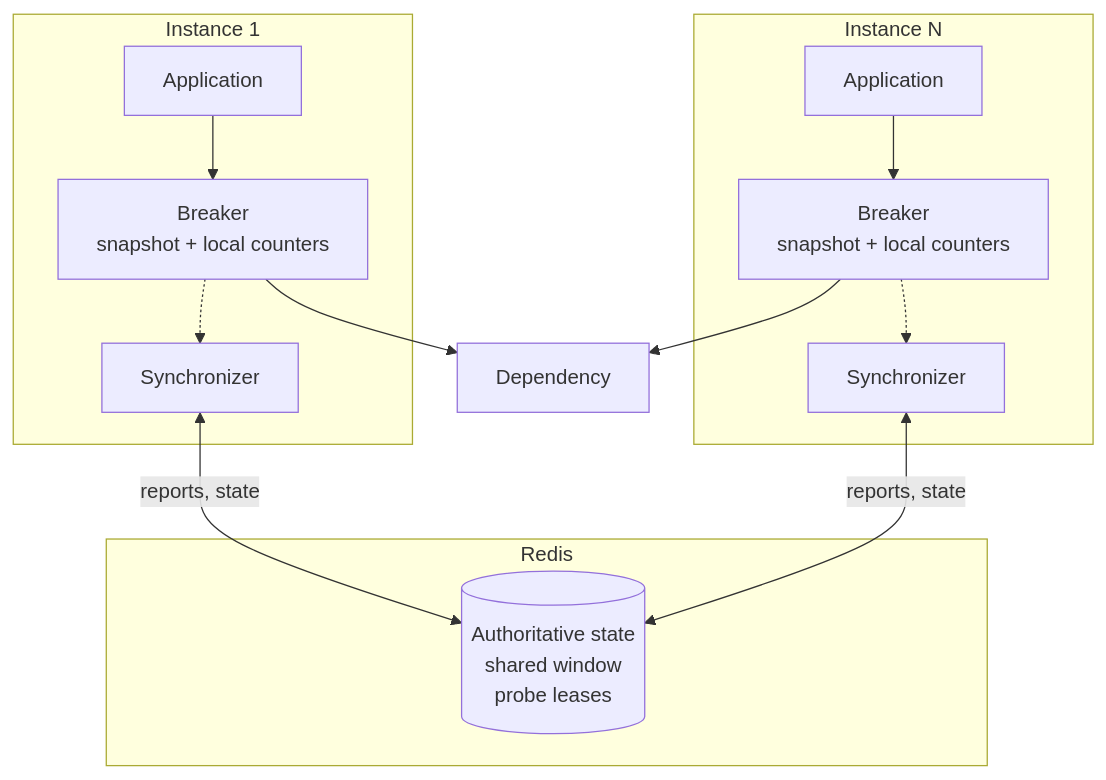
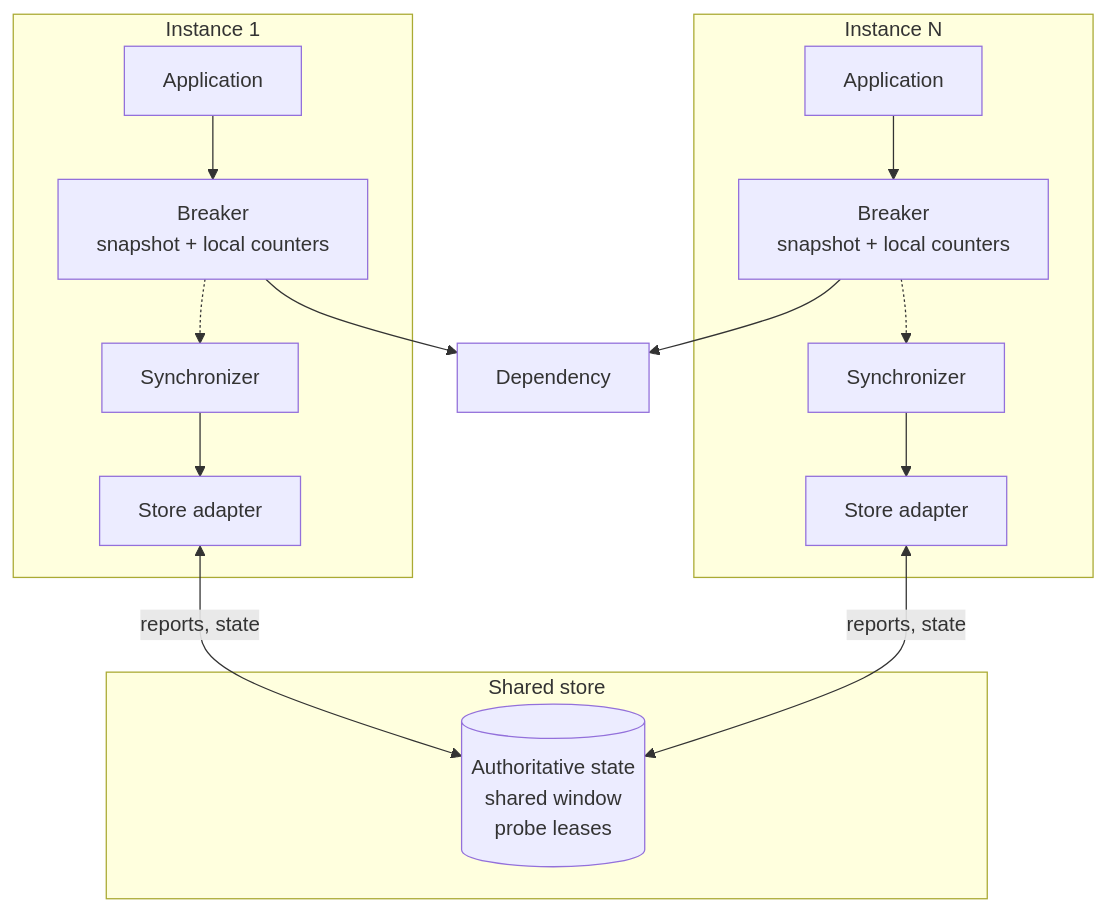
One commit to faultvane/faultvane-go changed the first of 4 diagrams in docs/architecture.md. Above: the diagram before and after it, drawn with Mermaid. The commit also changed other lines of this file and 20 other files, not shown here.

Commit message:
Make the shared store replaceable through adapters

````diff
--- a/docs/architecture.md
+++ b/docs/architecture.md
@@ -9,20 +12,20 @@
 ```mermaid
 flowchart TB
-    subgraph Redis
+    subgraph Shared store
         S[(Authoritative state<br/>shared window<br/>probe leases)]
     end
     subgraph I1[Instance 1]
         A1[Application] --> B1[Breaker<br/>snapshot + local counters]
-        Y1[Synchronizer]
-        B1 -.-> Y1
+        B1 -.-> Y1[Synchronizer]
+        Y1 --> P1[Store adapter]
     end
     subgraph IN[Instance N]
         AN[Application] --> BN[Breaker<br/>snapshot + local counters]
-        YN[Synchronizer]
-        BN -.-> YN
+        BN -.-> YN[Synchronizer]
+        YN --> PN[Store adapter]
     end
-    Y1 <-->|reports, state| S
-    YN <-->|reports, state| S
+    P1 <-->|reports, state| S
+    PN <-->|reports, state| S
     B1 --> D[Dependency]
     BN --> D
 ```
````
